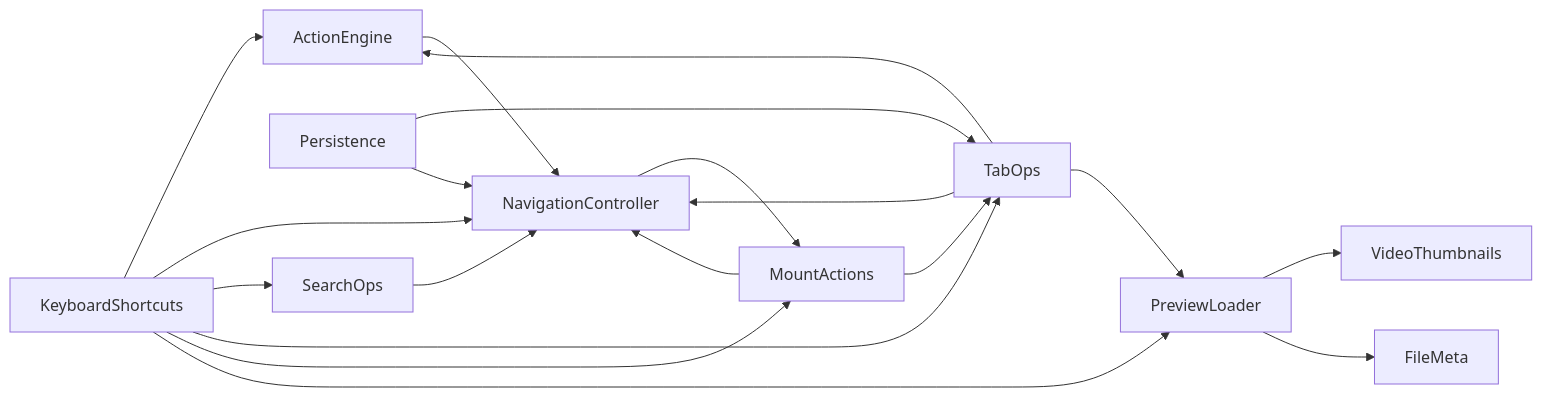
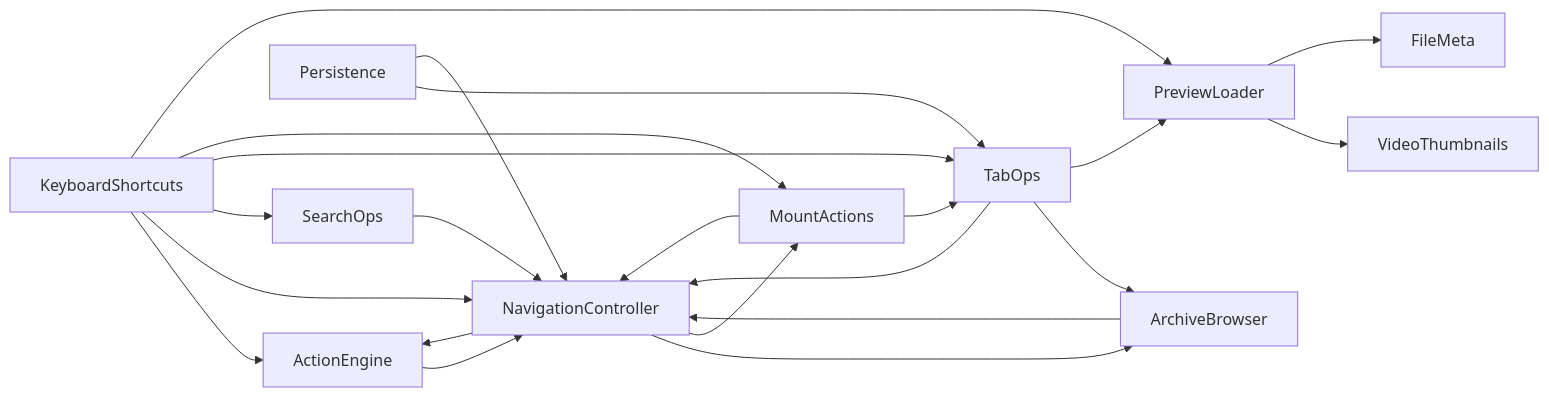
Before and after one commit to Flaxenox/omafiles: the diagram in docs/architecture/DEPENDENCY_GRAPH.md, drawn with Mermaid. The commit also changed other lines of this file and 40 other files, not shown here.

````diff
--- a/docs/architecture/DEPENDENCY_GRAPH.md
+++ b/docs/architecture/DEPENDENCY_GRAPH.md
@@ -19,21 +20,24 @@
 ```mermaid
 graph LR
   ActionEngine --> NavigationController
-  TabOps --> ActionEngine
+  NavigationController --> ActionEngine
+  NavigationController --> ArchiveBrowser
+  ArchiveBrowser --> NavigationController
+  TabOps --> ArchiveBrowser
   TabOps --> NavigationController
   TabOps --> PreviewLoader
   NavigationController --> MountActions
   MountActions --> TabOps
   MountActions --> NavigationController
   Persistence --> TabOps
   Persistence --> NavigationController
   SearchOps --> NavigationController
   PreviewLoader --> VideoThumbnails
   PreviewLoader --> FileMeta
   KeyboardShortcuts --> ActionEngine
   KeyboardShortcuts --> NavigationController
   KeyboardShortcuts --> SearchOps
   KeyboardShortcuts --> TabOps
   KeyboardShortcuts --> MountActions
   KeyboardShortcuts --> PreviewLoader
 ```
````
